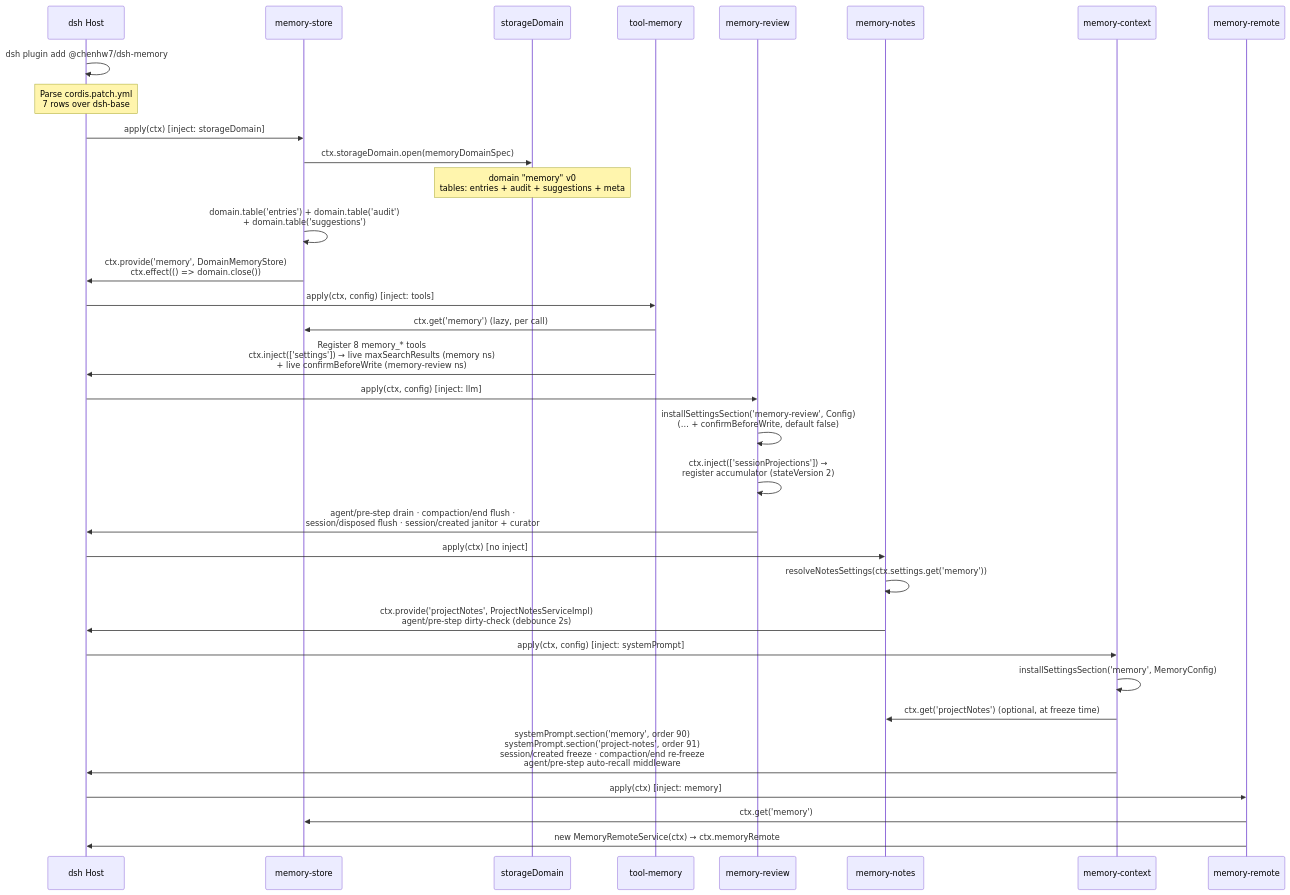
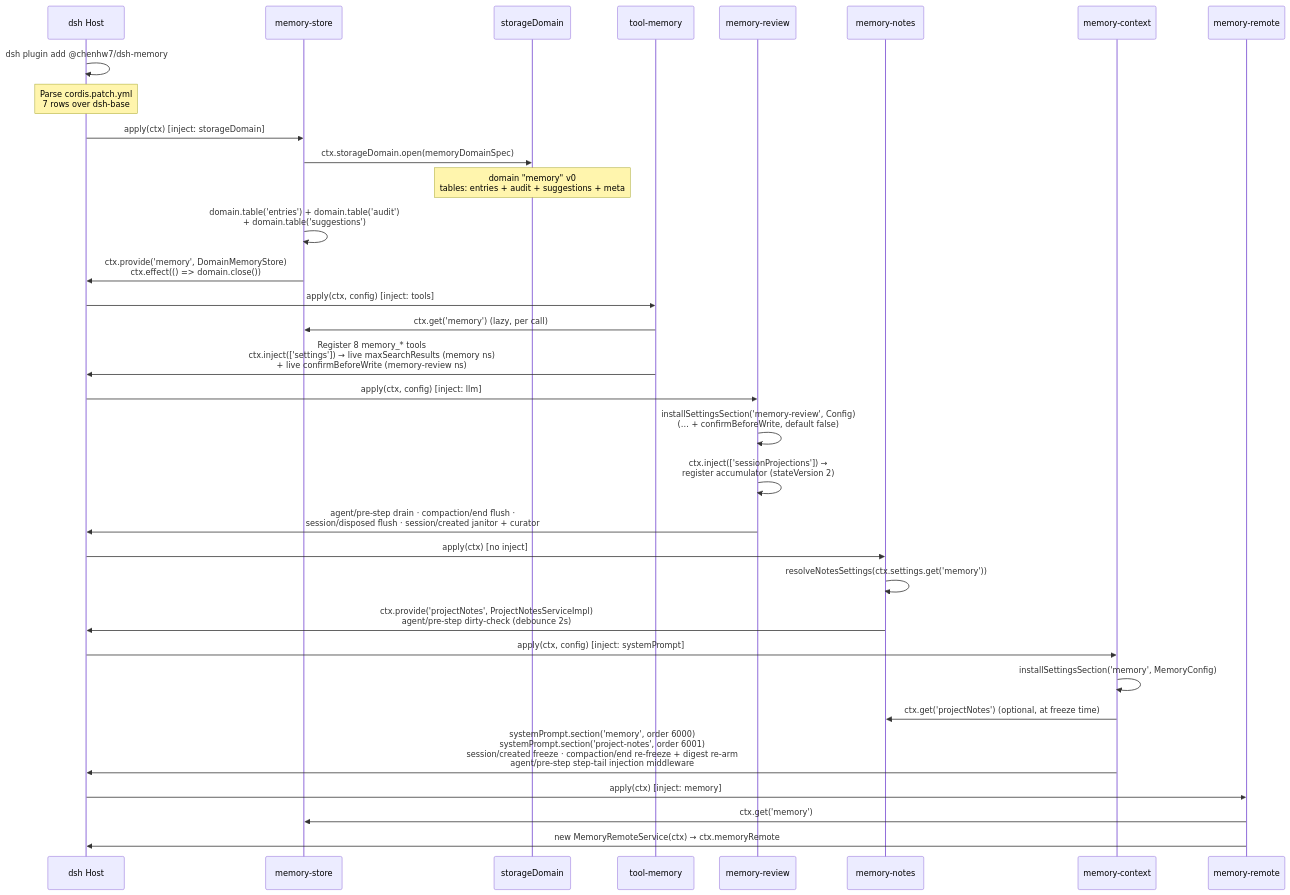
Before and after one commit to chenhw7/dsh-memory: the first of 15 diagrams in docs/SEQUENCE_DIAGRAMS.md, drawn with Mermaid. The commit also changed other lines of this file and 37 other files, not shown here.

````diff
--- a/docs/SEQUENCE_DIAGRAMS.md
+++ b/docs/SEQUENCE_DIAGRAMS.md
@@ -14,42 +14,42 @@
 ```mermaid
 sequenceDiagram
     participant Host as dsh Host
     participant Store as memory-store
     participant SD as storageDomain
     participant Tool as tool-memory
     participant Review as memory-review
     participant Notes as memory-notes
     participant Context as memory-context
     participant Remote as memory-remote
 
     Host->>Host: dsh plugin add @chenhw7/dsh-memory
     Note over Host: Parse cordis.patch.yml<br/>7 rows over dsh-base
 
     Host->>Store: apply(ctx) [inject: storageDomain]
     Store->>SD: ctx.storageDomain.open(memoryDomainSpec)
     Note over SD: domain "memory" v0<br/>tables: entries + audit + suggestions + meta
     Store->>Store: domain.table('entries') + domain.table('audit')<br/>+ domain.table('suggestions')
     Store->>Host: ctx.provide('memory', DomainMemoryStore)<br/>ctx.effect(() => domain.close())
 
     Host->>Tool: apply(ctx, config) [inject: tools]
     Tool->>Store: ctx.get('memory') (lazy, per call)
     Tool->>Host: Register 8 memory_* tools<br/>ctx.inject(['settings']) → live maxSearchResults (memory ns)<br/>+ live confirmBeforeWrite (memory-review ns)
 
     Host->>Review: apply(ctx, config) [inject: llm]
     Review->>Review: installSettingsSection('memory-review', Config)<br/>(… + confirmBeforeWrite, default false)
     Review->>Review: ctx.inject(['sessionProjections']) →<br/>register accumulator (stateVersion 2)
     Review->>Host: agent/pre-step drain · compaction/end flush ·<br/>session/disposed flush · session/created janitor + curator
 
     Host->>Notes: apply(ctx) [no inject]
     Notes->>Notes: resolveNotesSettings(ctx.settings.get('memory'))
     Notes->>Host: ctx.provide('projectNotes', ProjectNotesServiceImpl)<br/>agent/pre-step dirty-check (debounce 2s)
 
     Host->>Context: apply(ctx, config) [inject: systemPrompt]
     Context->>Context: installSettingsSection('memory', MemoryConfig)
     Context->>Notes: ctx.get('projectNotes') (optional, at freeze time)
-    Context->>Host: systemPrompt.section('memory', order 90)<br/>systemPrompt.section('project-notes', order 91)<br/>session/created freeze · compaction/end re-freeze<br/>agent/pre-step auto-recall middleware
+    Context->>Host: systemPrompt.section('memory', order 6000)<br/>systemPrompt.section('project-notes', order 6001)<br/>session/created freeze · compaction/end re-freeze + digest re-arm<br/>agent/pre-step step-tail injection middleware
 
     Host->>Remote: apply(ctx) [inject: memory]
     Remote->>Store: ctx.get('memory')
     Remote->>Host: new MemoryRemoteService(ctx) → ctx.memoryRemote
 ```
````
